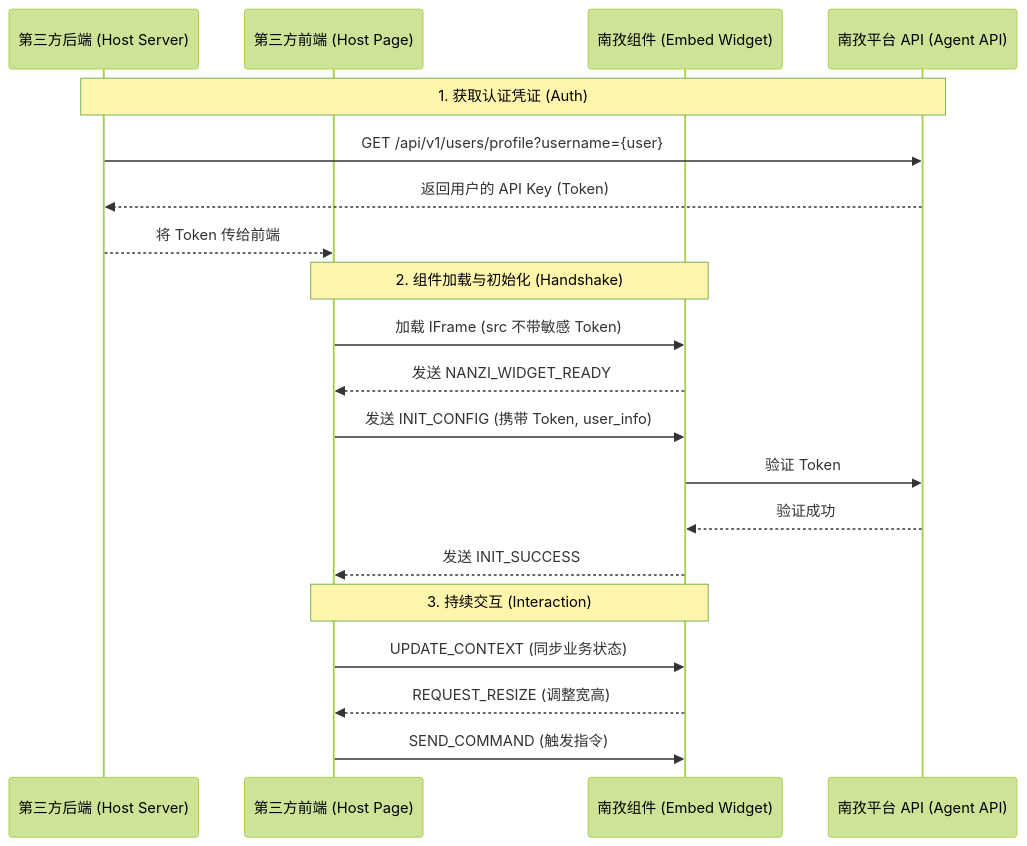
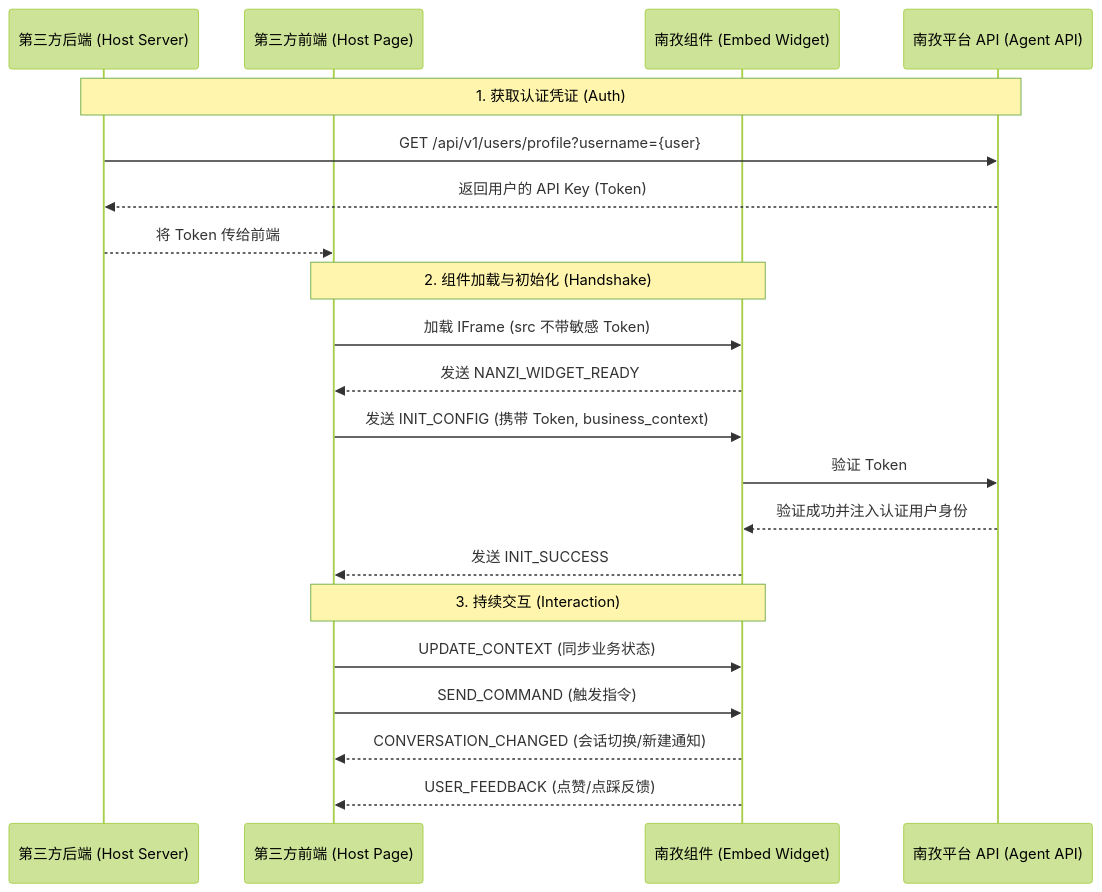
The diagram in docs/md/embed_integration_guide.md (CandyACE/nanzi-ai-agent-platform), drawn with Mermaid (forest theme) before and after one commit. The commit also changed other lines of this file and 19 other files, not shown here.

````diff
--- a/docs/md/embed_integration_guide.md
+++ b/docs/md/embed_integration_guide.md
@@ -7,25 +7,26 @@
 ```mermaid
 sequenceDiagram
     participant S as 第三方后端 (Host Server)
     participant H as 第三方前端 (Host Page)
     participant W as 南孜组件 (Embed Widget)
     participant A as 南孜平台 API (Agent API)
 
     Note over S, A: 1. 获取认证凭证 (Auth)
     S->>A: GET /api/v1/users/profile?username={user}
     A-->>S: 返回用户的 API Key (Token)
     S-->>H: 将 Token 传给前端
 
     Note over H, W: 2. 组件加载与初始化 (Handshake)
     H->>W: 加载 IFrame (src 不带敏感 Token)
     W-->>H: 发送 NANZI_WIDGET_READY
-    H->>W: 发送 INIT_CONFIG (携带 Token, user_info)
+    H->>W: 发送 INIT_CONFIG (携带 Token, business_context)
     W->>A: 验证 Token
-    A-->>W: 验证成功
+    A-->>W: 验证成功并注入认证用户身份
     W-->>H: 发送 INIT_SUCCESS
 
     Note over H, W: 3. 持续交互 (Interaction)
     H->>W: UPDATE_CONTEXT (同步业务状态)
-    W-->>H: REQUEST_RESIZE (调整宽高)
     H->>W: SEND_COMMAND (触发指令)
+    W-->>H: CONVERSATION_CHANGED (会话切换/新建通知)
+    W-->>H: USER_FEEDBACK (点赞/点踩反馈)
 ```
````
